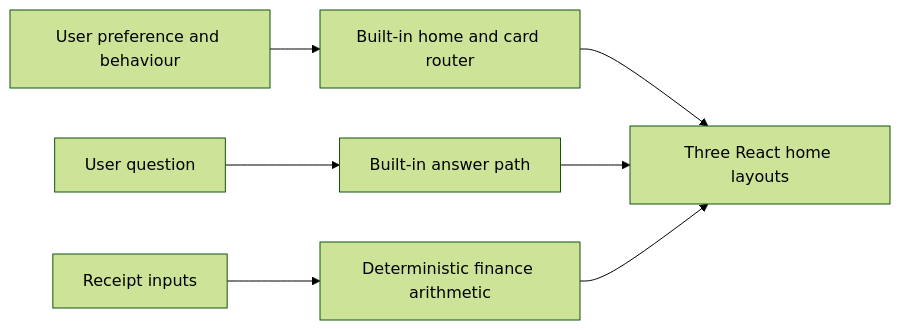
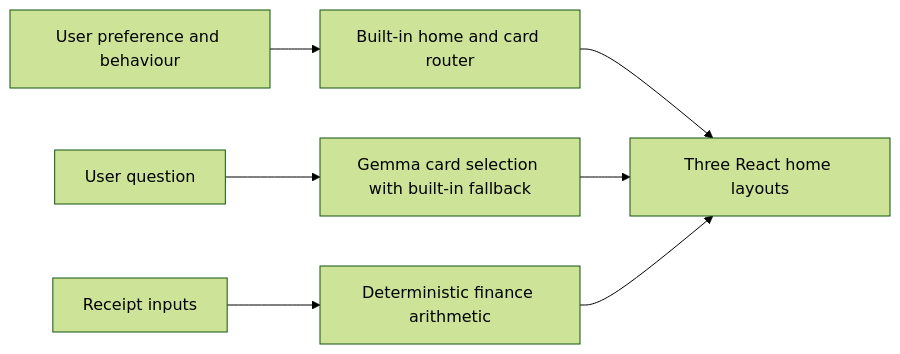
The first of 2 diagrams in README.md (13shreyansh/kori), drawn with Mermaid (forest theme) before and after one commit. The commit also changed other lines of this file and 1 other file, not shown here.

Commit message:
Use measured Gemma 4B card routing and document verified sponsor roles

````diff
--- a/README.md
+++ b/README.md
@@ -17,9 +17,9 @@
 ```mermaid
 flowchart LR
     I[User preference and behaviour] --> R[Built-in home and card router]
     R --> H[Three React home layouts]
-    Q[User question] --> F[Built-in answer path]
+    Q[User question] --> F[Gemma card selection with built-in fallback]
     F --> H
     D[Receipt inputs] --> A[Deterministic finance arithmetic]
     A --> H
 ```
````
